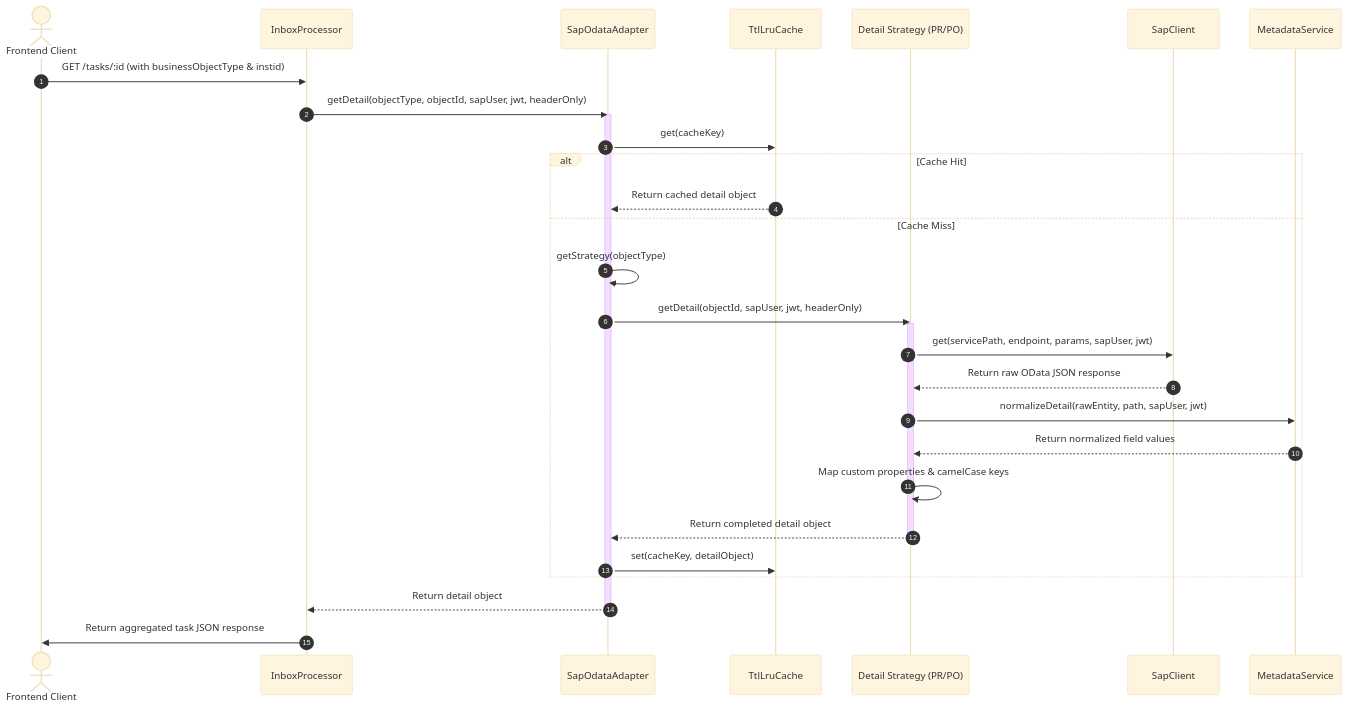
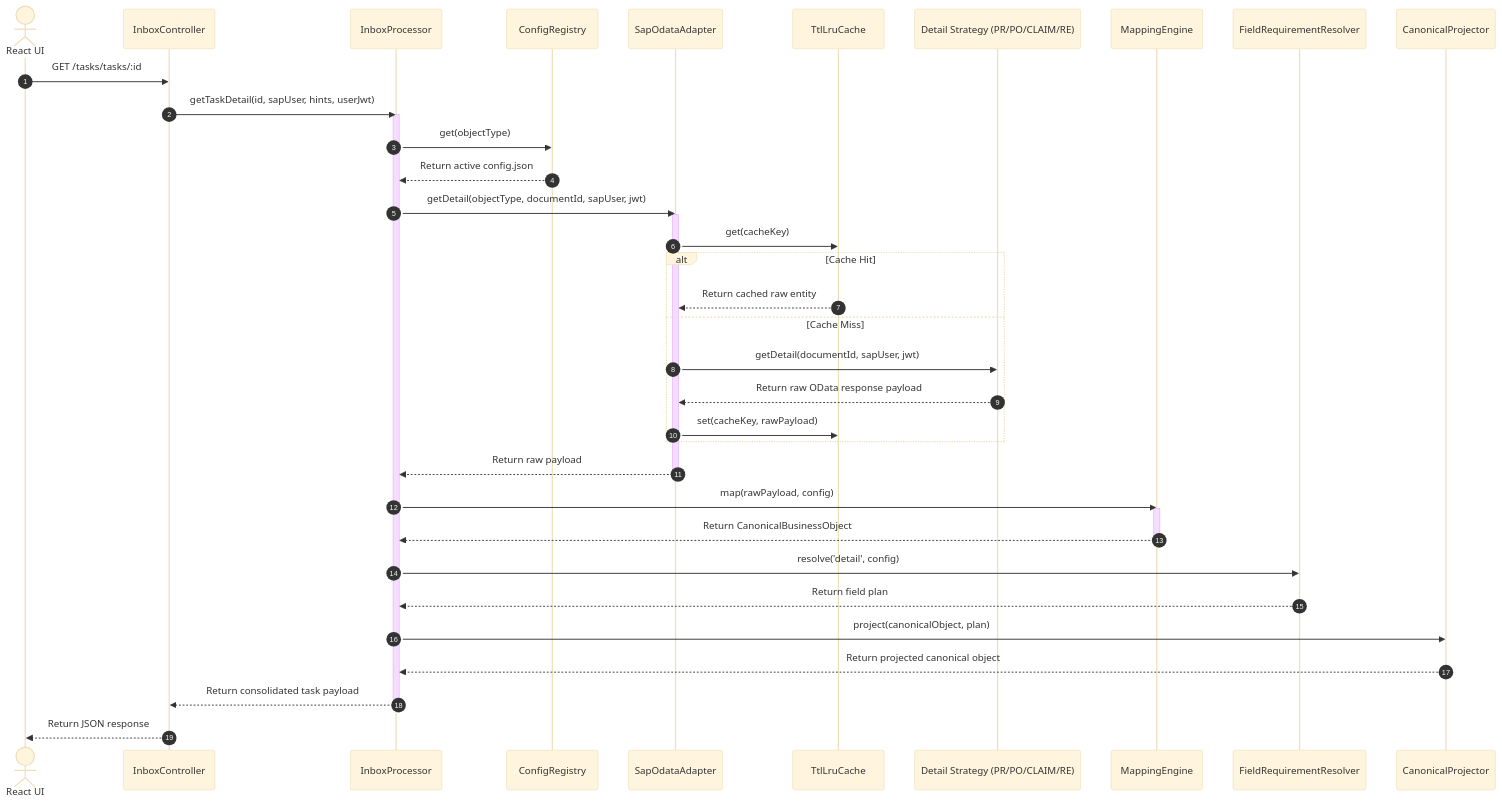
Before and after one commit to mindinh/approval-app: the second of 2 diagrams in docs/technical/01-architecture/01-overview.md, drawn with Mermaid (base theme). The commit also changed other lines of this file and 10 other files, not shown here.

Commit message:
docs(all): update technical architecture, REST API references, and business docs

````diff
--- a/docs/technical/01-architecture/01-overview.md
+++ b/docs/technical/01-architecture/01-overview.md
@@ -67,40 +89,49 @@
 ```mermaid
 sequenceDiagram
     autonumber
-    actor Client as Frontend Client
-    participant Processor as InboxProcessor
+    actor Client as React UI
+    participant Ctrl as InboxController
+    participant Proc as InboxProcessor
+    participant Reg as ConfigRegistry
     participant Adapter as SapOdataAdapter
     participant Cache as TtlLruCache
-    participant Strategy as Detail Strategy (PR/PO)
-    participant ClientSDK as SapClient
-    participant Meta as MetadataService
+    participant Strategy as Detail Strategy (PR/PO/CLAIM/RE)
+    participant MapEng as MappingEngine
+    participant Res as FieldRequirementResolver
+    participant Proj as CanonicalProjector
 
-    Client->>Processor: GET /tasks/:id (with businessObjectType & instid)
-    Processor->>Adapter: getDetail(objectType, objectId, sapUser, jwt, headerOnly)
+    Client->>Ctrl: GET /tasks/tasks/:id
+    Ctrl->>Proc: getTaskDetail(id, sapUser, hints, userJwt)
     
+    activate Proc
+    Proc->>Reg: get(objectType)
+    Reg-->>Proc: Return active config.json
+    
+    Proc->>Adapter: getDetail(objectType, documentId, sapUser, jwt)
     activate Adapter
     Adapter->>Cache: get(cacheKey)
     alt Cache Hit
-        Cache-->>Adapter: Return cached detail object
+        Cache-->>Adapter: Return cached raw entity
     else Cache Miss
-        Adapter->>Adapter: getStrategy(objectType)
-        Adapter->>Strategy: getDetail(objectId, sapUser, jwt, headerOnly)
-        activate Strategy
-        
-        Strategy->>ClientSDK: get(servicePath, endpoint, params, sapUser, jwt)
-        ClientSDK-->>Strategy: Return raw OData JSON response
-        
-        Strategy->>Meta: normalizeDetail(rawEntity, path, sapUser, jwt)
-        Meta-->>Strategy: Return normalized field values
-        
-        Strategy->>Strategy: Map custom properties & camelCase keys
-        Strategy-->>Adapter: Return completed detail object
-        deactivate Strategy
-        
-        Adapter->>Cache: set(cacheKey, detailObject)
+        Adapter->>Strategy: getDetail(documentId, sapUser, jwt)
+        Strategy-->>Adapter: Return raw OData response payload
+        Adapter->>Cache: set(cacheKey, rawPayload)
     end
-    Adapter-->>Processor: Return detail object
+    Adapter-->>Proc: Return raw payload
     deactivate Adapter
     
-    Processor->>Client: Return aggregated task JSON response
+    Proc->>MapEng: map(rawPayload, config)
+    activate MapEng
+    MapEng-->>Proc: Return CanonicalBusinessObject
+    deactivate MapEng
+
+    Proc->>Res: resolve('detail', config)
+    Res-->>Proc: Return field plan
+    
+    Proc->>Proj: project(canonicalObject, plan)
+    Proj-->>Proc: Return projected canonical object
+    
+    Proc-->>Ctrl: Return consolidated task payload
+    deactivate Proc
+    Ctrl-->>Client: Return JSON response
 ```
````
